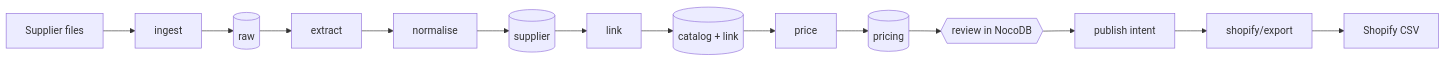
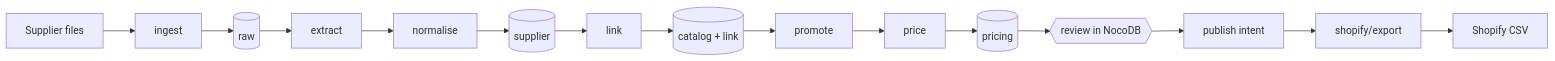
Before and after one commit to alt-ts/mosferics-pipeline: the diagram in README.md, drawn with Mermaid. The commit also changed other lines of this file and 11 other files, not shown here.

````diff
--- a/README.md
+++ b/README.md
@@ -38,11 +38,11 @@
 ```mermaid
 flowchart LR
     F[Supplier files] --> I[ingest]
     I --> R[(raw)]
     R --> E[extract] --> N[normalise]
     N --> S[(supplier)]
     S --> L[link] --> C[(catalog + link)]
-    C --> P[price] --> PR[(pricing)]
+    C --> M[promote] --> P[price] --> PR[(pricing)]
     PR --> Q{{review in NocoDB}}
     Q --> U[publish intent] --> X[shopify/export] --> CSV[Shopify CSV]
 ```
````
